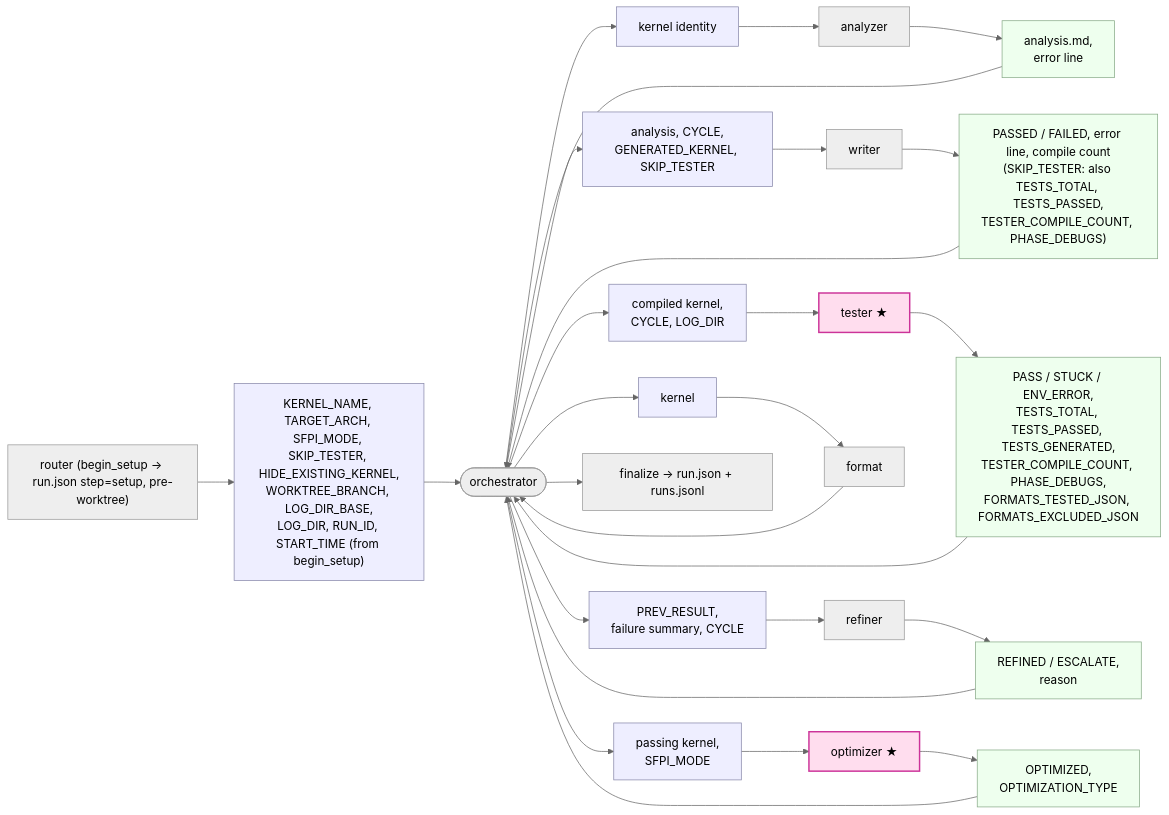
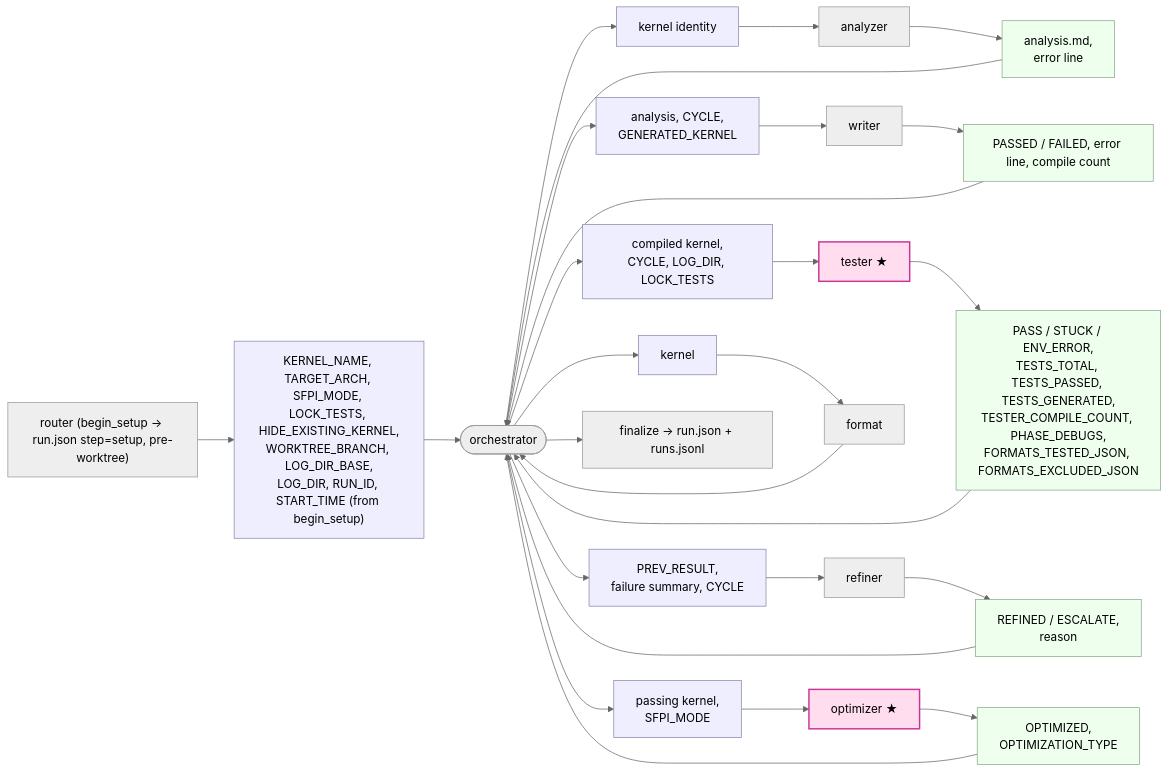
The first of 2 diagrams in tt_metal/tt-llk/codegen/references/state_contract.md (bvdyvncqr5-commits/tt-metal), drawn with Mermaid (neutral theme) before and after one commit. The commit also changed other lines of this file and 7 other files, not shown here.

Commit message:
SKIP_TESTS is now called LOCK_TESTS. Changed writer report fail to continue working properly.

````diff
--- a/tt_metal/tt-llk/codegen/references/state_contract.md
+++ b/tt_metal/tt-llk/codegen/references/state_contract.md
@@ -12,20 +12,20 @@
 ```mermaid
 flowchart LR
-  ROUTER["router (begin_setup → run.json step=setup, pre-worktree)"] --> RB["KERNEL_NAME, TARGET_ARCH, SFPI_MODE, SKIP_TESTER, HIDE_EXISTING_KERNEL,<br/>WORKTREE_BRANCH, LOG_DIR_BASE,<br/>LOG_DIR, RUN_ID, START_TIME (from begin_setup)"] --> ORCH(["orchestrator"])
+  ROUTER["router (begin_setup → run.json step=setup, pre-worktree)"] --> RB["KERNEL_NAME, TARGET_ARCH, SFPI_MODE, LOCK_TESTS, HIDE_EXISTING_KERNEL,<br/>WORKTREE_BRANCH, LOG_DIR_BASE,<br/>LOG_DIR, RUN_ID, START_TIME (from begin_setup)"] --> ORCH(["orchestrator"])
 
   ORCH --> aI["kernel identity"] --> ANA["analyzer"] --> aO["analysis.md,<br/>error line"] --> ORCH
-  ORCH --> wI["analysis, CYCLE,<br/>GENERATED_KERNEL, SKIP_TESTER"] --> WR["writer"] --> wO["PASSED / FAILED, error line, compile count<br/>(SKIP_TESTER: also TESTS_TOTAL, TESTS_PASSED,<br/>TESTER_COMPILE_COUNT, PHASE_DEBUGS)"] --> ORCH
-  ORCH --> tI["compiled kernel,<br/>CYCLE, LOG_DIR"] --> TST["tester ★"] --> tO["PASS / STUCK / ENV_ERROR,<br/>TESTS_TOTAL, TESTS_PASSED, TESTS_GENERATED,<br/>TESTER_COMPILE_COUNT, PHASE_DEBUGS,<br/>FORMATS_TESTED_JSON, FORMATS_EXCLUDED_JSON"] --> ORCH
+  ORCH --> wI["analysis, CYCLE,<br/>GENERATED_KERNEL"] --> WR["writer"] --> wO["PASSED / FAILED, error line, compile count"] --> ORCH
+  ORCH --> tI["compiled kernel,<br/>CYCLE, LOG_DIR, LOCK_TESTS"] --> TST["tester ★"] --> tO["PASS / STUCK / ENV_ERROR,<br/>TESTS_TOTAL, TESTS_PASSED, TESTS_GENERATED,<br/>TESTER_COMPILE_COUNT, PHASE_DEBUGS,<br/>FORMATS_TESTED_JSON, FORMATS_EXCLUDED_JSON"] --> ORCH
   ORCH --> rI["PREV_RESULT,<br/>failure summary, CYCLE"] --> RE["refiner"] --> rO["REFINED / ESCALATE,<br/>reason"] --> ORCH
   ORCH --> oI["passing kernel,<br/>SFPI_MODE"] --> OP["optimizer ★"] --> oO["OPTIMIZED,<br/>OPTIMIZATION_TYPE"] --> ORCH
   ORCH --> fI["kernel"] --> FM["format"] --> ORCH
 
   ORCH --> FIN["finalize → run.json + runs.jsonl"]
 
   classDef inb fill:#eef,stroke:#88a;
   classDef outb fill:#efe,stroke:#8a8;
   classDef star fill:#fde,stroke:#c39,stroke-width:2px;
   class RB,aI,wI,tI,rI,oI,fI inb;
   class aO,wO,tO,rO,oO outb;
   class TST,OP star;
 ```
````
